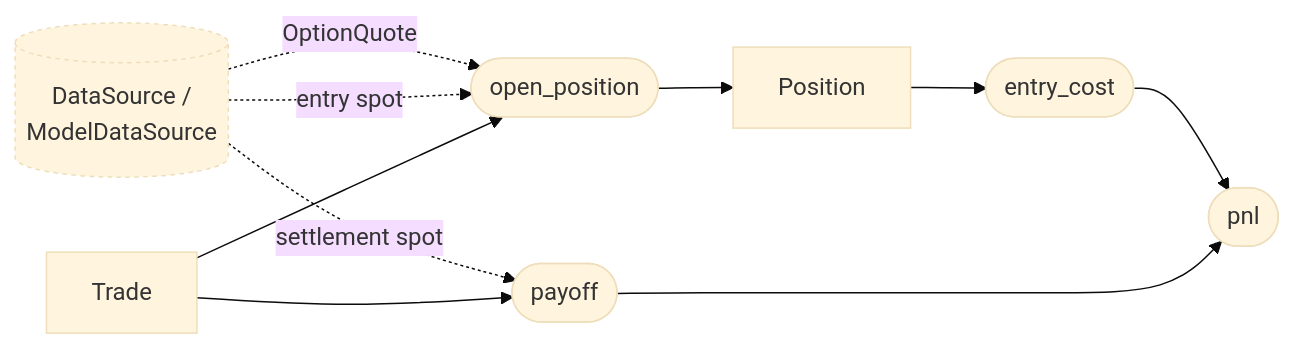
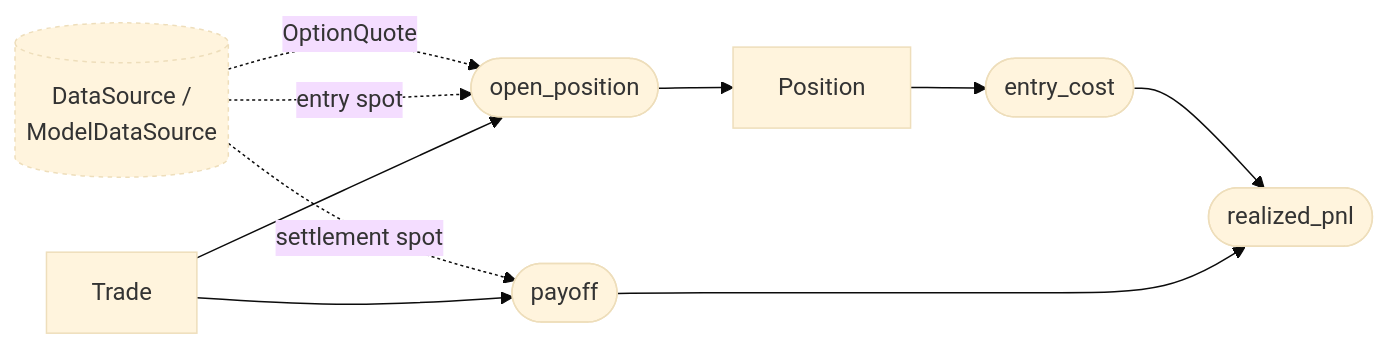
Before and after one commit to aleCombi/VolSurfaceAnalysis.jl: the diagram in docs/modules/positions.md, drawn with Mermaid (base theme). The commit also changed other lines of this file and 15 other files, not shown here.

````diff
--- a/docs/modules/positions.md
+++ b/docs/modules/positions.md
@@ -12,18 +12,18 @@
 ```mermaid
 flowchart LR
     DS[(DataSource /<br/>ModelDataSource)]:::ext
     DS -. OptionQuote .-> OP
     DS -. entry spot .-> OP
     DS -. settlement spot .-> PAY
 
     T[Trade] --> OP([open_position])
     OP --> P[Position]
 
     P --> EC([entry_cost])
     T --> PAY([payoff])
 
-    EC --> PNL([pnl])
+    EC --> PNL([realized_pnl])
     PAY --> PNL
 
     classDef ext stroke-dasharray:3 3
 ```
````
